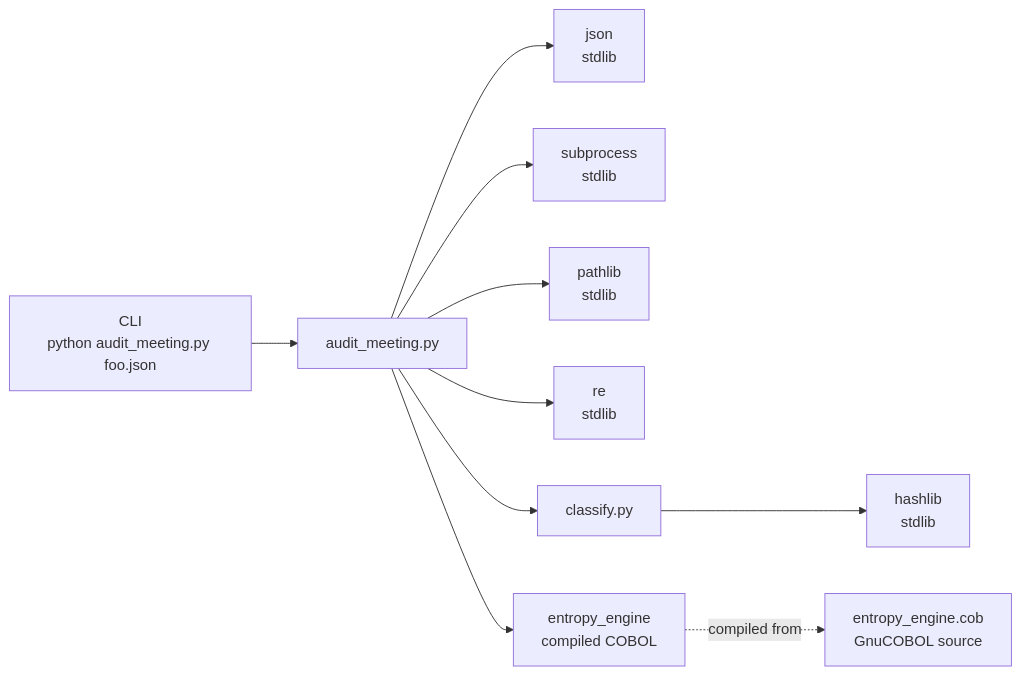
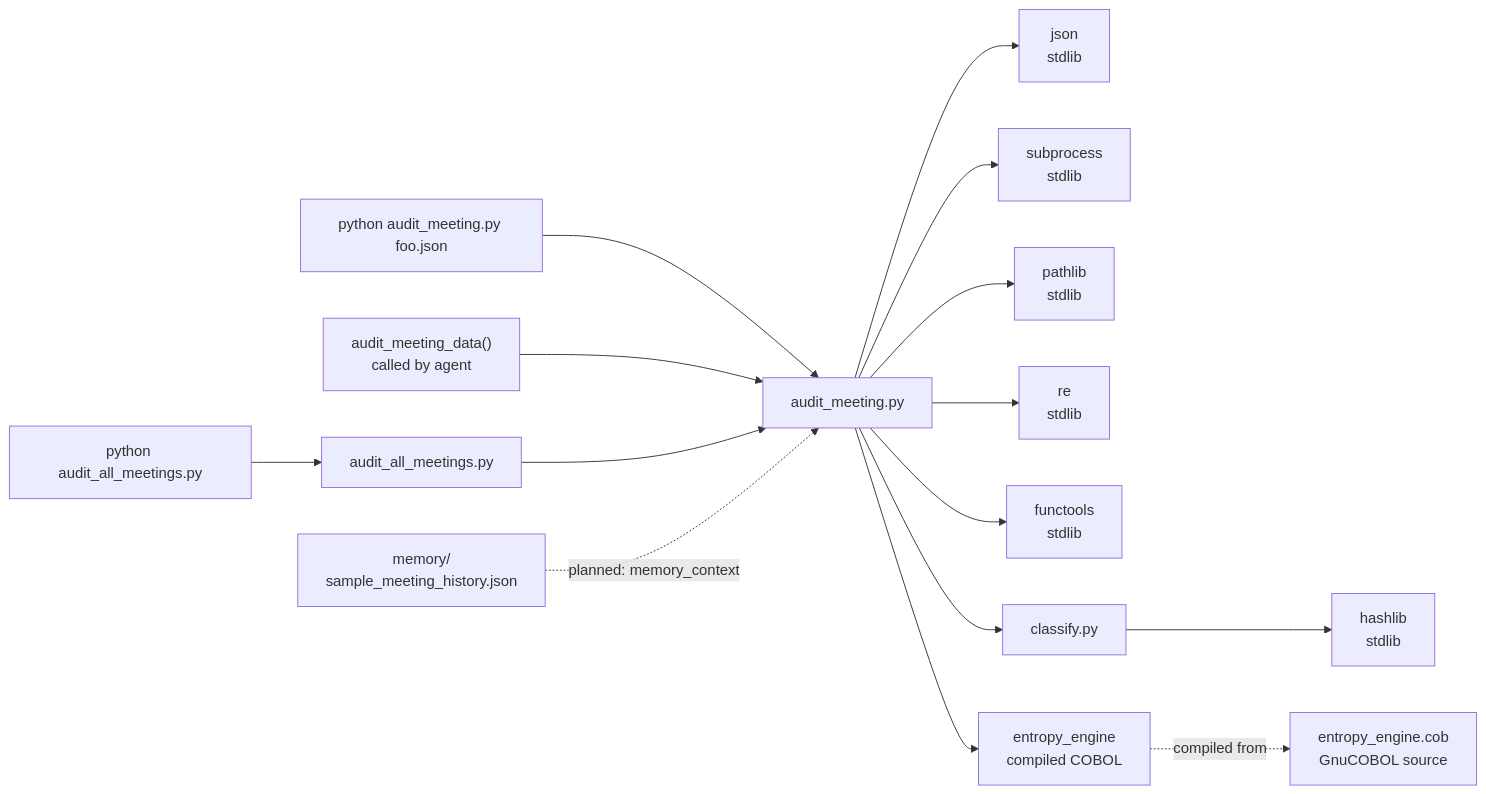
The sixth of 6 diagrams in ARCHITECTURE.md (kenwalger/SilentSpace), drawn with Mermaid before and after one commit. The commit also changed other lines of this file and 6 other files, not shown here.

First line of the commit message:
feat: batch auditing, agent interface, memory scaffolding, and doc cleanup

````diff
--- a/ARCHITECTURE.md
+++ b/ARCHITECTURE.md
@@ -187,17 +195,26 @@
 ```mermaid
 graph LR
-    CLI["CLI\npython audit_meeting.py foo.json"]
+    CLI1["python audit_meeting.py foo.json"]
+    CLI2["python audit_all_meetings.py"]
+    AGENT["audit_meeting_data()\ncalled by agent"]
 
-    CLI --> audit["audit_meeting.py"]
+    CLI1 --> audit["audit_meeting.py"]
+    CLI2 --> batch["audit_all_meetings.py"]
+    AGENT --> audit
+
+    batch --> audit
 
     audit --> json_mod["json\nstdlib"]
     audit --> subprocess["subprocess\nstdlib"]
     audit --> pathlib["pathlib\nstdlib"]
     audit --> re["re\nstdlib"]
+    audit --> functools["functools\nstdlib"]
     audit --> classify["classify.py"]
     audit --> cobol_bin["entropy_engine\ncompiled COBOL"]
 
     classify --> hashlib["hashlib\nstdlib"]
 
     cobol_bin -.->|"compiled from"| cobol_src["entropy_engine.cob\nGnuCOBOL source"]
+
+    mem["memory/\nsample_meeting_history.json"] -.->|"planned: memory_context"| audit
 ```
````
